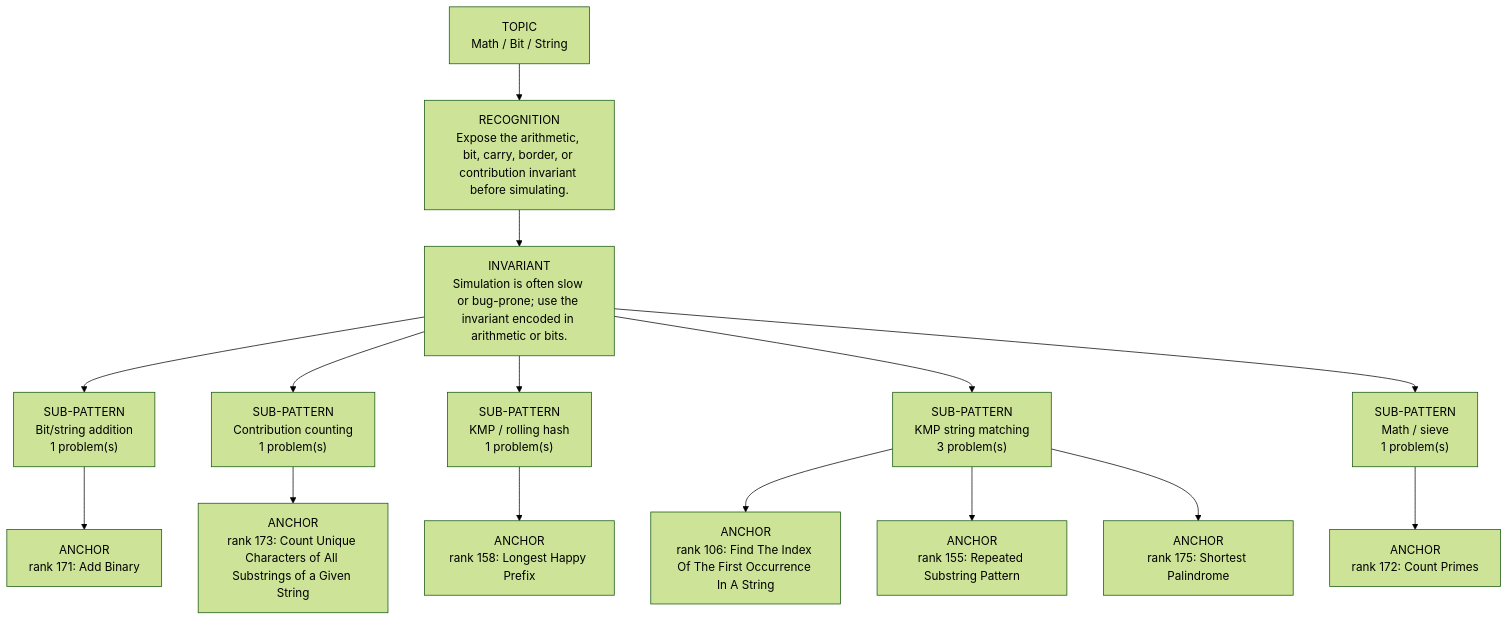
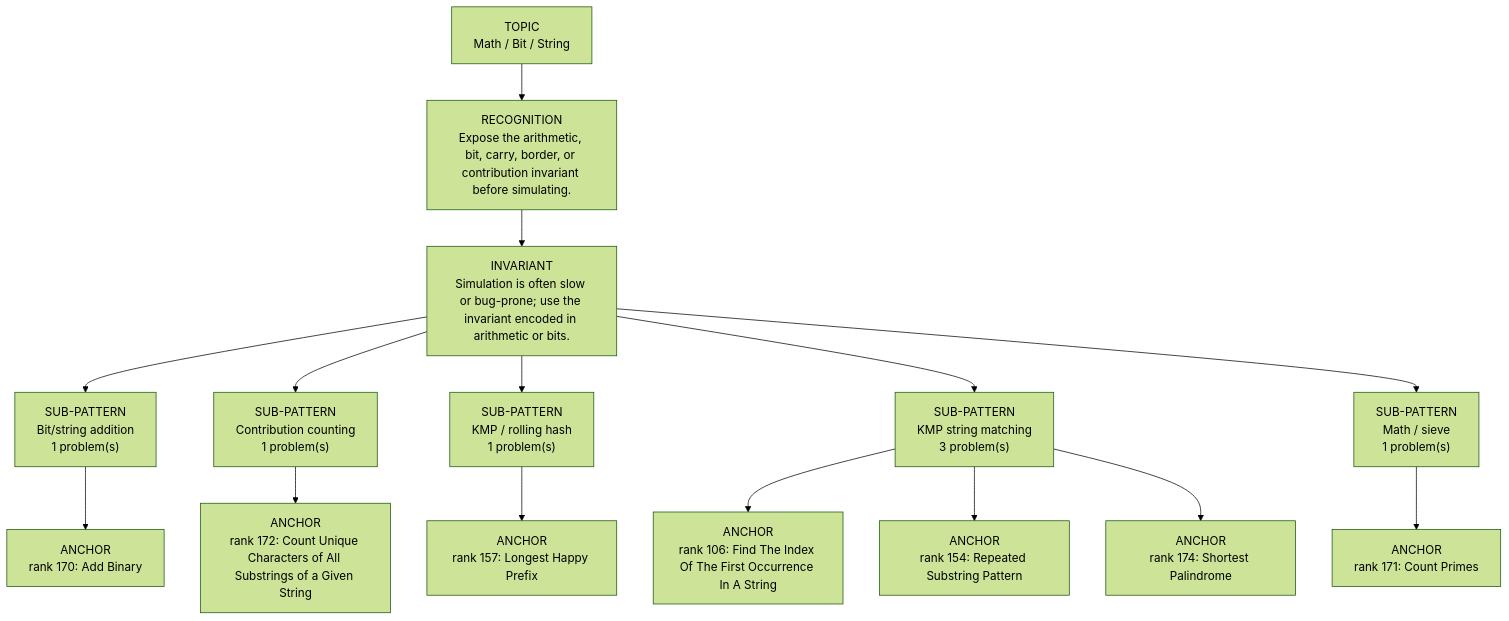
The diagram in dsa-review/interview/patterns/20_math_bit_string.md (thechiranjeevjain/DSA10days), drawn with Mermaid (forest theme) before and after one commit. The commit also changed other lines of this file and 71 other files, not shown here.

````diff
--- a/dsa-review/interview/patterns/20_math_bit_string.md
+++ b/dsa-review/interview/patterns/20_math_bit_string.md
@@ -15,19 +15,19 @@
 ```mermaid
 flowchart TD
   Topic["TOPIC<br/>Math / Bit / String"]
   Recognition["RECOGNITION<br/>Expose the arithmetic, bit, carry, border, or contribution invariant before simulating."]
   Invariant["INVARIANT<br/>Simulation is often slow or bug-prone; use the invariant encoded in arithmetic or bits."]
   Topic --> Recognition --> Invariant
   Invariant --> Sub01["SUB-PATTERN<br/>Bit/string addition<br/>1 problem(s)"]
-  Sub01 --> Sub01A01["ANCHOR<br/>rank 171: Add Binary"]
+  Sub01 --> Sub01A01["ANCHOR<br/>rank 170: Add Binary"]
   Invariant --> Sub02["SUB-PATTERN<br/>Contribution counting<br/>1 problem(s)"]
-  Sub02 --> Sub02A01["ANCHOR<br/>rank 173: Count Unique Characters of All Substrings of a Given String"]
+  Sub02 --> Sub02A01["ANCHOR<br/>rank 172: Count Unique Characters of All Substrings of a Given String"]
   Invariant --> Sub03["SUB-PATTERN<br/>KMP / rolling hash<br/>1 problem(s)"]
-  Sub03 --> Sub03A01["ANCHOR<br/>rank 158: Longest Happy Prefix"]
+  Sub03 --> Sub03A01["ANCHOR<br/>rank 157: Longest Happy Prefix"]
   Invariant --> Sub04["SUB-PATTERN<br/>KMP string matching<br/>3 problem(s)"]
   Sub04 --> Sub04A01["ANCHOR<br/>rank 106: Find The Index Of The First Occurrence In A String"]
-  Sub04 --> Sub04A02["ANCHOR<br/>rank 155: Repeated Substring Pattern"]
-  Sub04 --> Sub04A03["ANCHOR<br/>rank 175: Shortest Palindrome"]
+  Sub04 --> Sub04A02["ANCHOR<br/>rank 154: Repeated Substring Pattern"]
+  Sub04 --> Sub04A03["ANCHOR<br/>rank 174: Shortest Palindrome"]
   Invariant --> Sub05["SUB-PATTERN<br/>Math / sieve<br/>1 problem(s)"]
-  Sub05 --> Sub05A01["ANCHOR<br/>rank 172: Count Primes"]
+  Sub05 --> Sub05A01["ANCHOR<br/>rank 171: Count Primes"]
 ```
````
